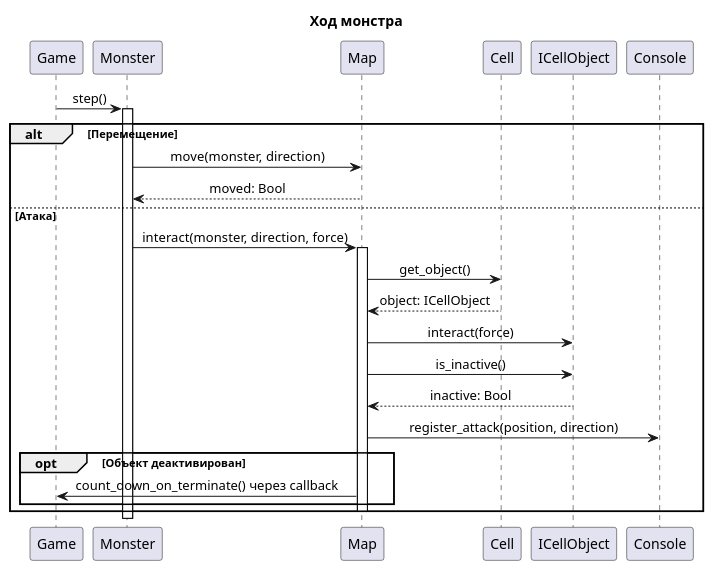
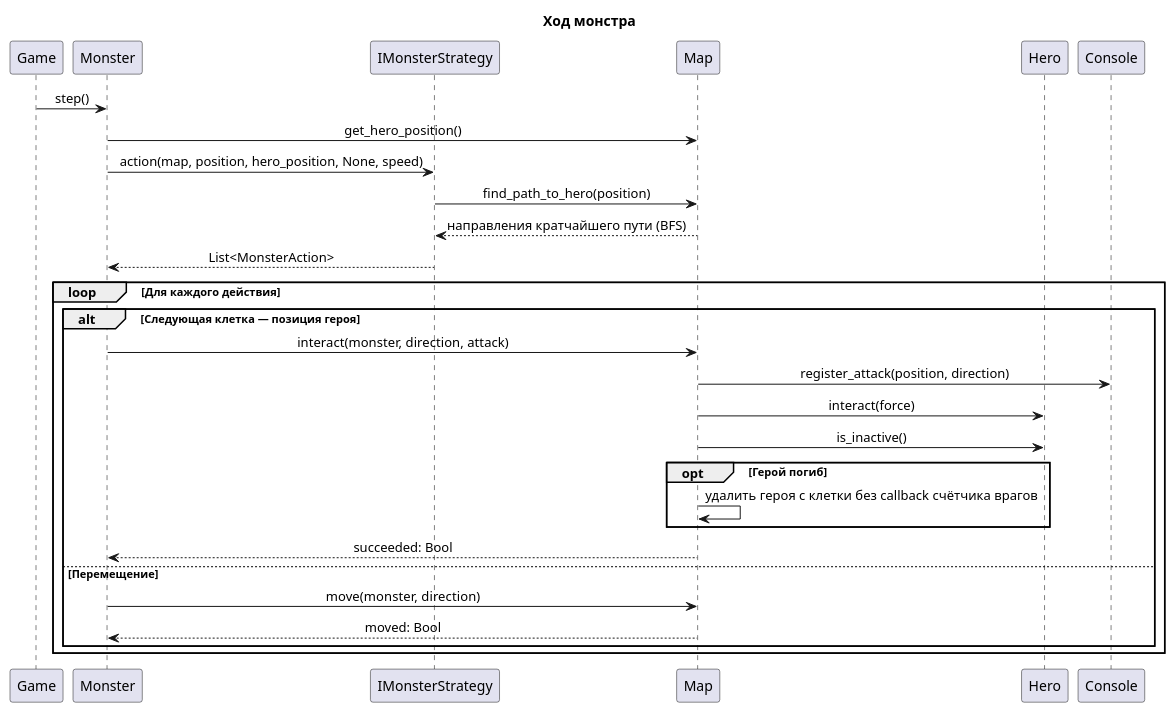
One commit to ISArchitec/Roguelike changed the diagram in docs/diagrams/sequence/sequence_monster.plantuml. Above: the diagram before and after it, drawn with PlantUML. The commit also changed 18 other files, not shown here.

```diff
--- a/docs/diagrams/sequence/sequence_monster.plantuml
+++ b/docs/diagrams/sequence/sequence_monster.plantuml
@@ -1,36 +1,36 @@
 @startuml
 skinparam shadowing false
 skinparam sequenceParticipant roundCorner 0
 skinparam sequenceLifeLineBorderColor black
 skinparam sequenceLifeLineBackgroundColor white
 skinparam sequenceMessageAlign center
 title Ход монстра
 
 participant Game
 participant Monster
+participant IMonsterStrategy as Strategy
 participant Map
-participant Cell
-participant ICellObject as Object
+participant Hero
 participant Console
-
 Game -> Monster: step()
-activate Monster
-alt Перемещение
-    Monster -> Map: move(monster, direction)
-    Map --> Monster: moved: Bool
-else Атака
-    Monster -> Map: interact(monster, direction, force)
-    activate Map
-    Map -> Cell: get_object()
-    Cell --> Map: object: ICellObject
-    Map -> Object: interact(force)
-    Map -> Object: is_inactive()
-    Object --> Map: inactive: Bool
-    Map -> Console: register_attack(position, direction)
-    opt Объект деактивирован
-        Map -> Game: count_down_on_terminate() через callback
+Monster -> Map: get_hero_position()
+Monster -> Strategy: action(map, position, hero_position, None, speed)
+Strategy -> Map: find_path_to_hero(position)
+Map --> Strategy: направления кратчайшего пути (BFS)
+Strategy --> Monster: List<MonsterAction>
+loop Для каждого действия
+    alt Следующая клетка — позиция героя
+        Monster -> Map: interact(monster, direction, attack)
+        Map -> Console: register_attack(position, direction)
+        Map -> Hero: interact(force)
+        Map -> Hero: is_inactive()
+        opt Герой погиб
+            Map -> Map: удалить героя с клетки без callback счётчика врагов
+        end
+        Map --> Monster: succeeded: Bool
+    else Перемещение
+        Monster -> Map: move(monster, direction)
+        Map --> Monster: moved: Bool
     end
-    deactivate Map
 end
-deactivate Monster
 @enduml
```
